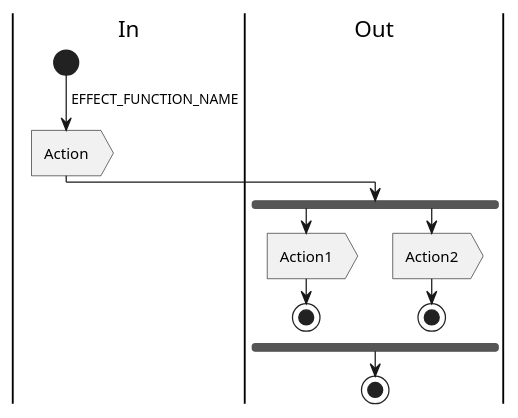
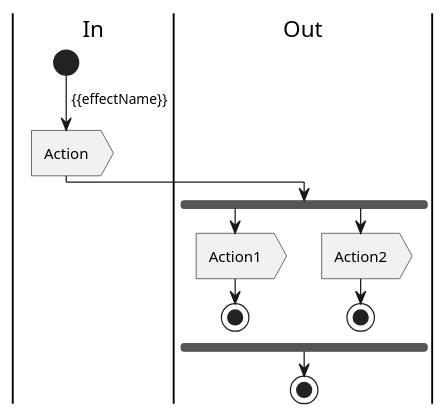
One commit to zalari/ngrx-utils changed the diagram in src/bin/templates/splitter-decider.puml. Above: the diagram before and after it, drawn with PlantUML. The commit also changed 5 other files, not shown here.

Commit message:
implement adding effectName to templates and pass it accordingly

```diff
--- a/src/bin/templates/splitter-decider.puml
+++ b/src/bin/templates/splitter-decider.puml
@@ -1,15 +1,15 @@
 @startuml
 |In|
 start
--> EFFECT_FUNCTION_NAME;
+-> {{effectName}};
 :Action>
 |Out|
 fork
 :Action1>
 stop
 fork again
 :Action2>
 stop
 end fork
 stop
 @enduml
```
